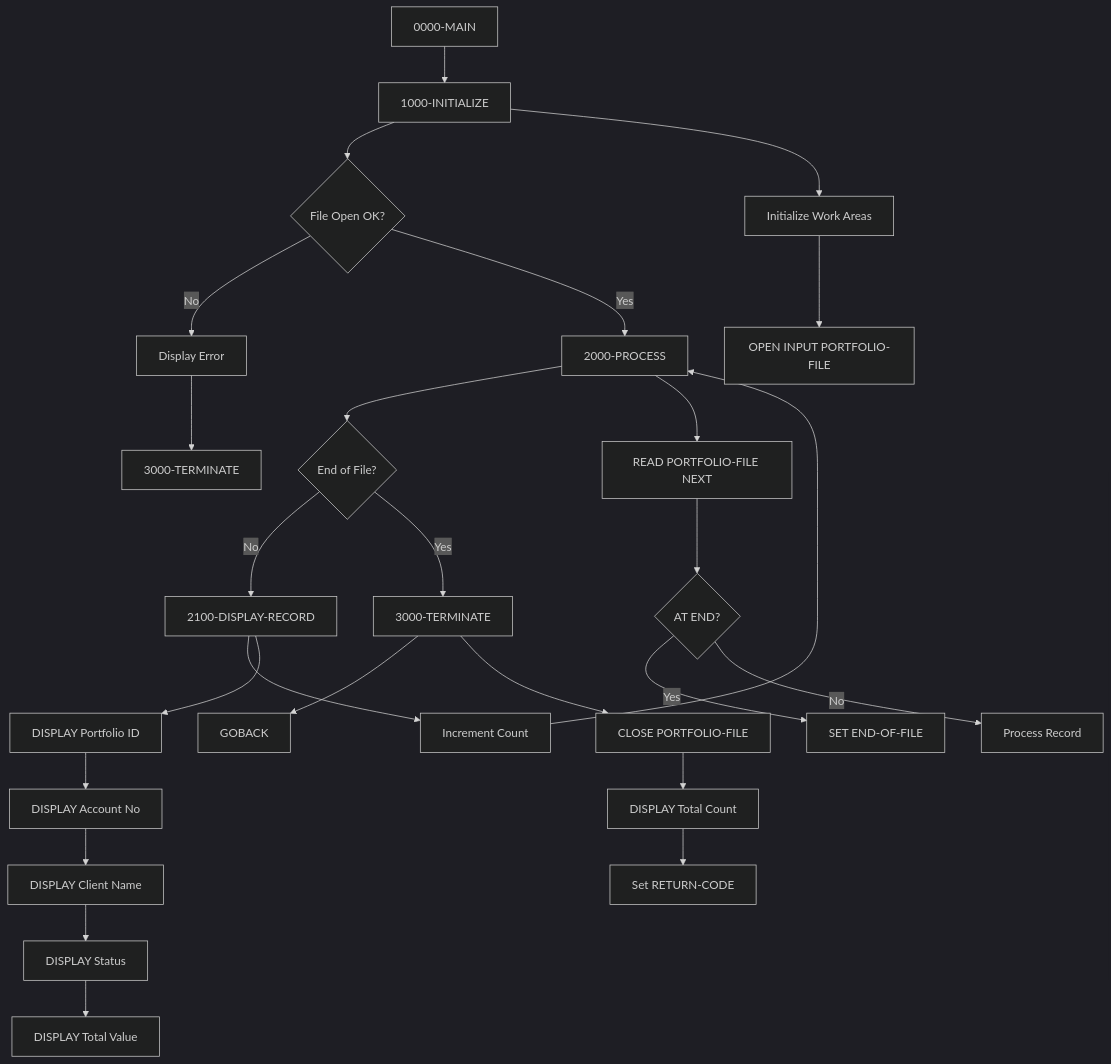
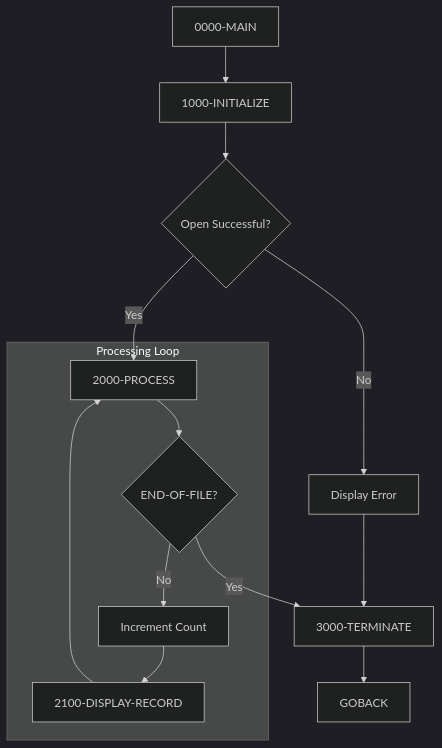
One commit to haladir-com/legacy-benchmark-docs-vb70e1 changed the diagram in docs/programs/PORTREAD.mdx. Above: the diagram before and after it, drawn with Mermaid (dark theme). The commit also changed other lines of this file and 63 other files, not shown here.

````diff
--- a/docs/programs/PORTREAD.mdx
+++ b/docs/programs/PORTREAD.mdx
@@ -21,32 +19,21 @@
 ```mermaid
 graph TD
     A[0000-MAIN] --> B[1000-INITIALIZE]
-    B --> C{File Open OK?}
-    C --> |No| D[Display Error]
+    B --> C{Open Successful?}
+    C -->|No| D[Display Error]
     D --> E[3000-TERMINATE]
-    C --> |Yes| F[2000-PROCESS]
-    F --> G{End of File?}
-    G --> |No| H[2100-DISPLAY-RECORD]
-    H --> I[Increment Count]
+    C -->|Yes| F[2000-PROCESS]
+    F --> G{END-OF-FILE?}
+    G -->|No| H[Increment Count]
+    H --> I[2100-DISPLAY-RECORD]
     I --> F
-    G --> |Yes| J[3000-TERMINATE]
-    J --> K[GOBACK]
+    G -->|Yes| E
+    E --> J[GOBACK]
     
-    B --> B1[Initialize Work Areas]
-    B1 --> B2[OPEN INPUT PORTFOLIO-FILE]
-    
-    F --> F1[READ PORTFOLIO-FILE NEXT]
-    F1 --> F2{AT END?}
-    F2 --> |Yes| F3[SET END-OF-FILE]
-    F2 --> |No| F4[Process Record]
-    
-    H --> H1[DISPLAY Portfolio ID]
-    H1 --> H2[DISPLAY Account No]
-    H2 --> H3[DISPLAY Client Name]
-    H3 --> H4[DISPLAY Status]
-    H4 --> H5[DISPLAY Total Value]
-    
-    J --> J1[CLOSE PORTFOLIO-FILE]
-    J1 --> J2[DISPLAY Total Count]
-    J2 --> J3[Set RETURN-CODE]
+    subgraph "Processing Loop"
+        F
+        G
+        H
+        I
+    end
 ```
````
